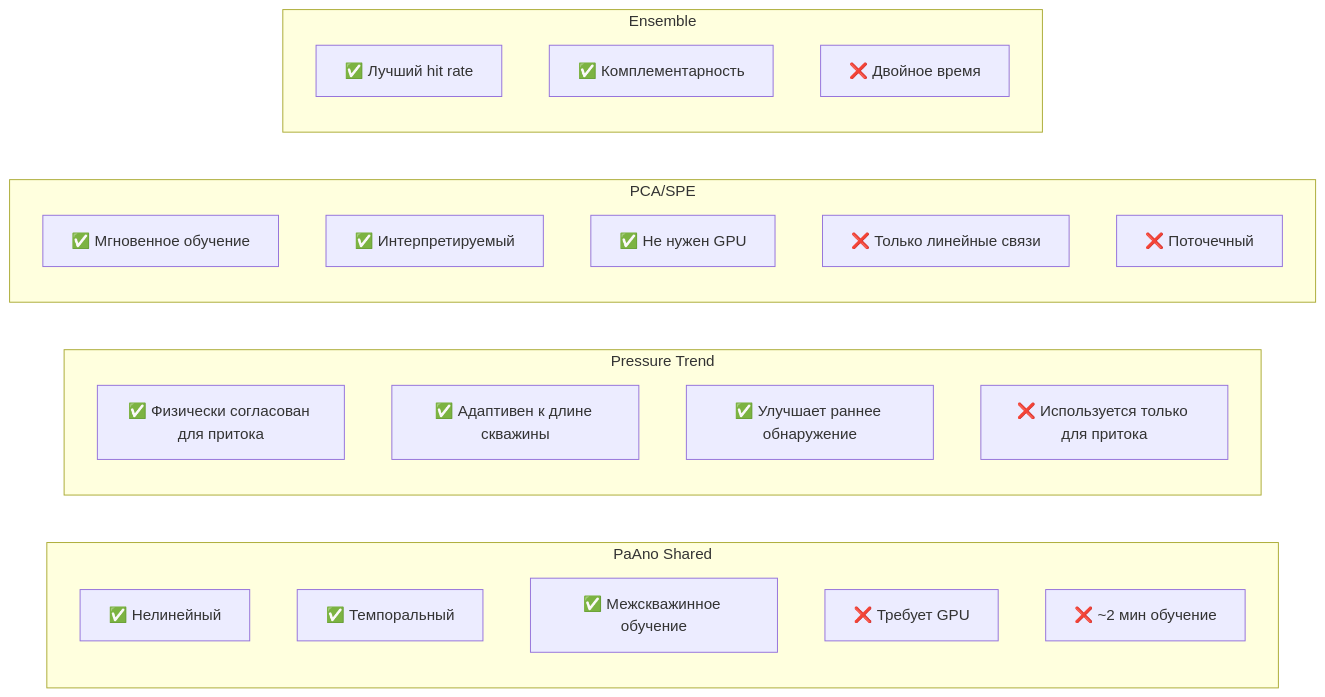
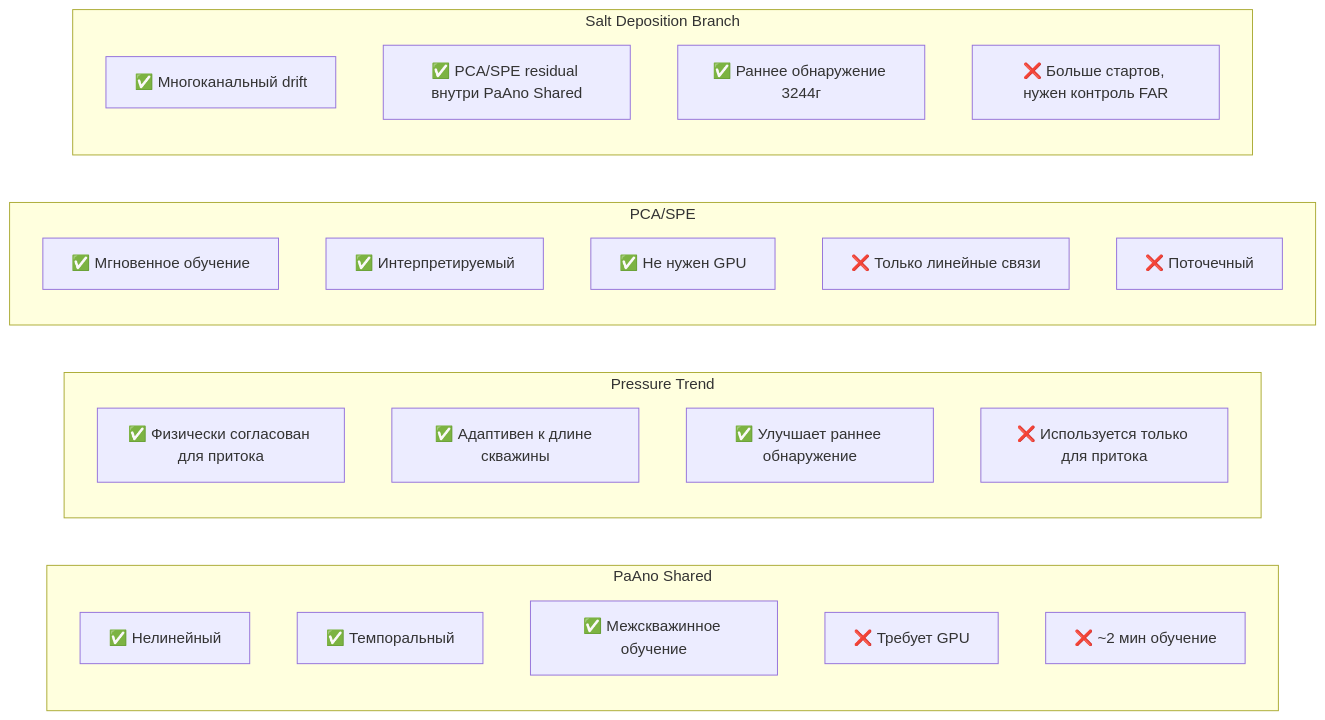
The fifth of 8 diagrams in docs/ALMA_система_детекции_аномалий.md (DarkPrinceWarrior/alma_servie), drawn with Mermaid before and after one commit. The commit also changed other lines of this file and 10 other files, not shown here.

````diff
--- a/docs/ALMA_система_детекции_аномалий.md
+++ b/docs/ALMA_система_детекции_аномалий.md
@@ -358,31 +363,32 @@
 ```mermaid
 graph LR
     subgraph PAANO["PaAno Shared"]
         P1["✅ Нелинейный"]
         P2["✅ Темпоральный"]
         P3["✅ Межскважинное обучение"]
         P4["❌ Требует GPU"]
         P5["❌ ~2 мин обучение"]
     end
 
     subgraph PTR["Pressure Trend"]
         T1["✅ Физически согласован для притока"]
         T2["✅ Адаптивен к длине скважины"]
         T3["✅ Улучшает раннее обнаружение"]
         T4["❌ Используется только для притока"]
     end
 
     subgraph PCASPE["PCA/SPE"]
         Q1["✅ Мгновенное обучение"]
         Q2["✅ Интерпретируемый"]
         Q3["✅ Не нужен GPU"]
         Q4["❌ Только линейные связи"]
         Q5["❌ Поточечный"]
     end
 
-    subgraph ENSEMBLE["Ensemble"]
-        R1["✅ Лучший hit rate"]
-        R2["✅ Комплементарность"]
-        R3["❌ Двойное время"]
+    subgraph SALT["Salt Deposition Branch"]
+        R1["✅ Многоканальный drift"]
+        R2["✅ PCA/SPE residual внутри PaAno Shared"]
+        R3["✅ Раннее обнаружение 3244г"]
+        R4["❌ Больше стартов, нужен контроль FAR"]
     end
 ```
````
